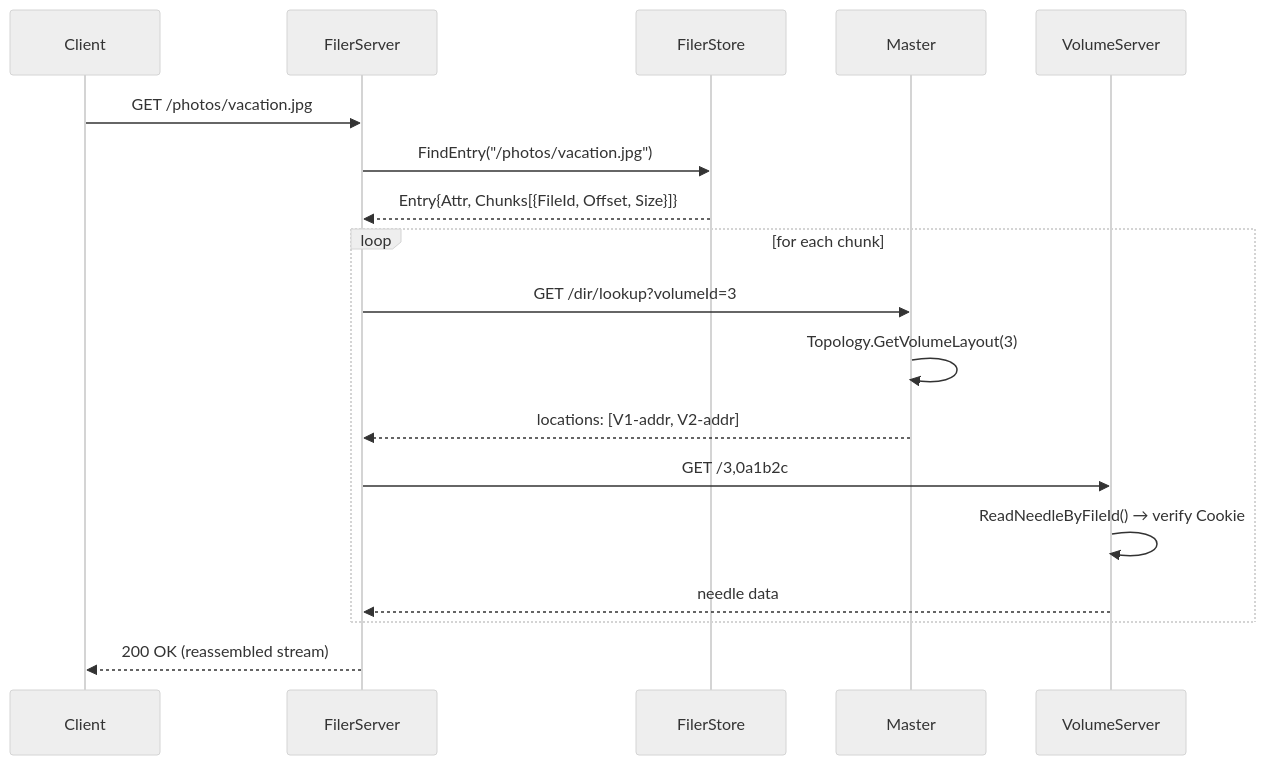
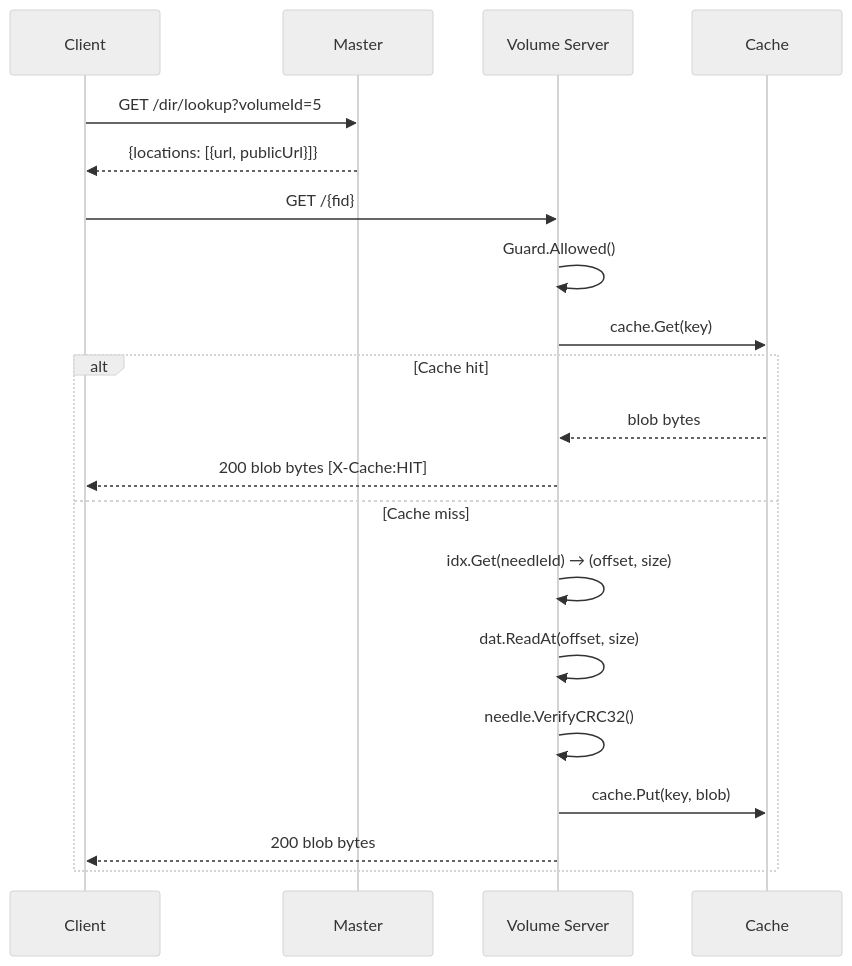
The seventh of 15 diagrams in design/diagrams.md (Khanh-21522203/GoBlob), drawn with Mermaid (neutral theme) before and after one commit. The commit also changed other lines of this file, not shown here.

Commit message:
dia: diagram knowledge

````diff
--- a/design/diagrams.md
+++ b/design/diagrams.md
@@ -225,21 +272,25 @@
 ```mermaid
 sequenceDiagram
     participant C as Client
-    participant F as FilerServer
-    participant FS as FilerStore
-    participant M as Master
-    participant V as VolumeServer
+    participant MS as Master
+    participant VS as Volume Server
+    participant CA as Cache
 
-    C->>F: GET /photos/vacation.jpg
-    F->>FS: FindEntry("/photos/vacation.jpg")
-    FS-->>F: Entry{Attr, Chunks[{FileId, Offset, Size}]}
-    loop for each chunk
-        F->>M: GET /dir/lookup?volumeId=3
-        M->>M: Topology.GetVolumeLayout(3)
-        M-->>F: locations: [V1-addr, V2-addr]
-        F->>V: GET /3,0a1b2c
-        V->>V: ReadNeedleByFileId() → verify Cookie
-        V-->>F: needle data
+    C->>MS: GET /dir/lookup?volumeId=5
+    MS-->>C: {locations: [{url, publicUrl}]}
+
+    C->>VS: GET /{fid}
+    VS->>VS: Guard.Allowed()
+    VS->>CA: cache.Get(key)
+
+    alt Cache hit
+        CA-->>VS: blob bytes
+        VS-->>C: 200 blob bytes [X-Cache:HIT]
+    else Cache miss
+        VS->>VS: idx.Get(needleId) → (offset, size)
+        VS->>VS: dat.ReadAt(offset, size)
+        VS->>VS: needle.VerifyCRC32()
+        VS->>CA: cache.Put(key, blob)
+        VS-->>C: 200 blob bytes
     end
-    F-->>C: 200 OK (reassembled stream)
 ```
````
